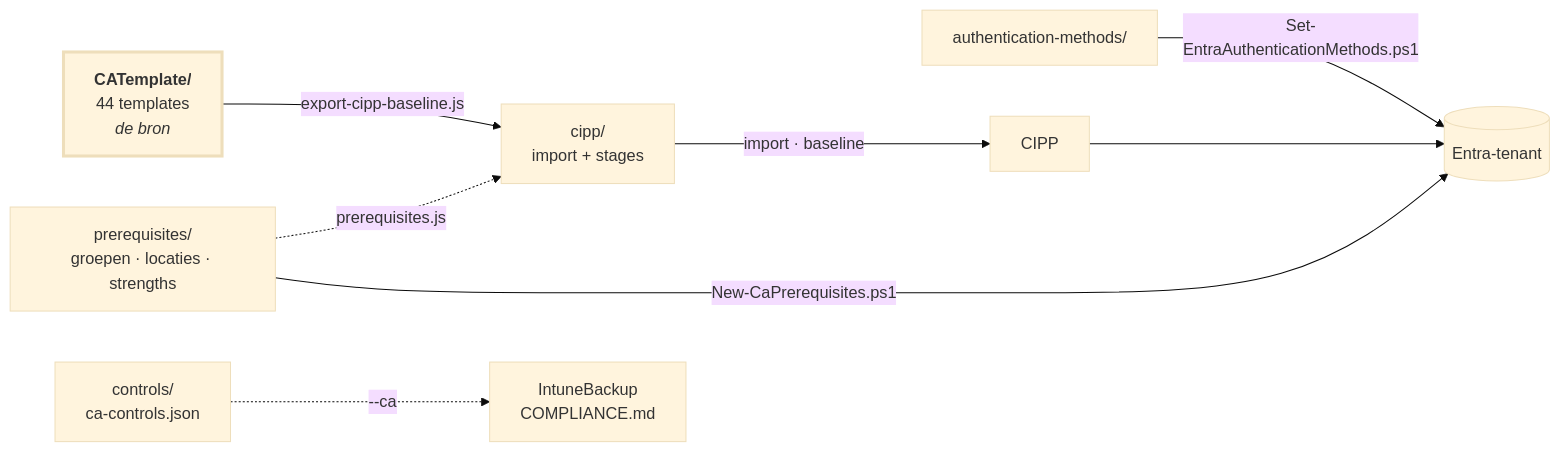
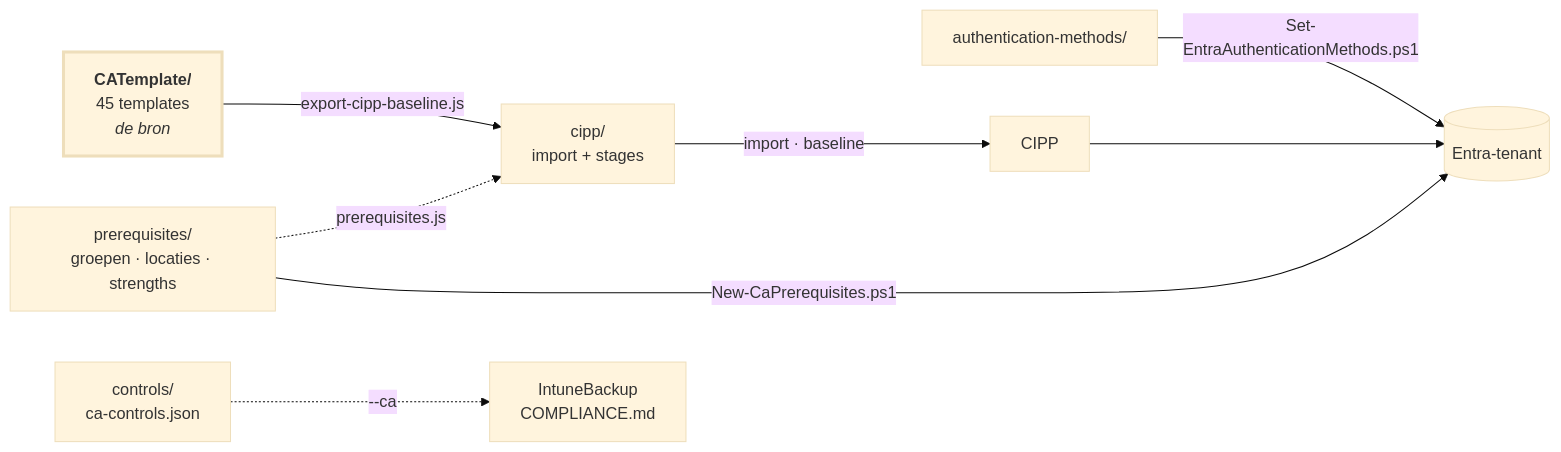
Before and after one commit to sjkanon/CA-Policies: the diagram in README.md, drawn with Mermaid (base theme). The commit also changed other lines of this file and 28 other files, not shown here.

````diff
--- a/README.md
+++ b/README.md
@@ -10,19 +10,19 @@
 ```mermaid
 flowchart LR
-  T["<b>CATemplate/</b><br/>44 templates<br/><i>de bron</i>"]
+  T["<b>CATemplate/</b><br/>45 templates<br/><i>de bron</i>"]
   P["prerequisites/<br/>groepen · locaties · strengths"]
   C["controls/<br/>ca-controls.json"]
   A["authentication-methods/"]
   X["cipp/<br/>import + stages"]
   TEN[("Entra-tenant")]
 
   T -->|export-cipp-baseline.js| X
   P -.->|prerequisites.js| X
   X -->|import · baseline| CIPP[CIPP]
   CIPP --> TEN
   P -->|New-CaPrerequisites.ps1| TEN
   A -->|Set-EntraAuthenticationMethods.ps1| TEN
   C -.->|--ca| IB["IntuneBackup<br/>COMPLIANCE.md"]
 
   style T stroke-width:3px
 ```
````
